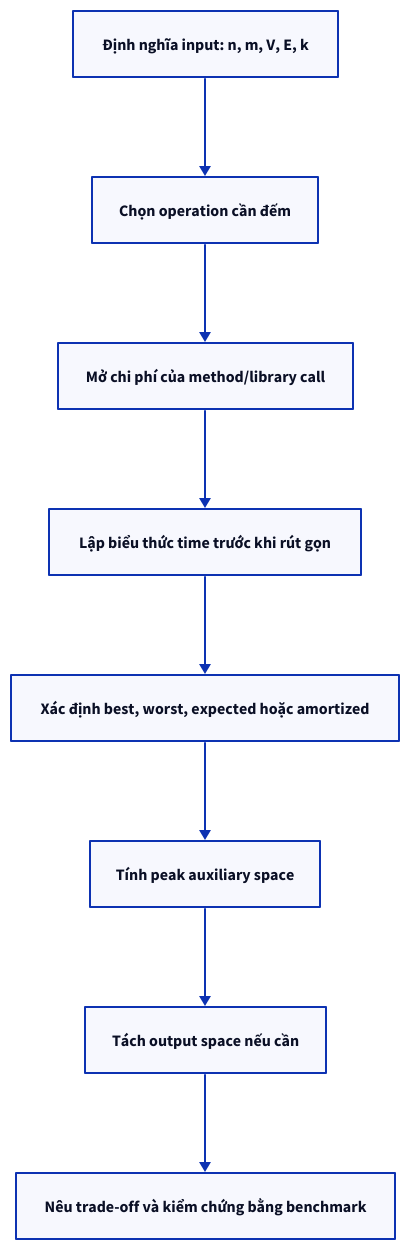
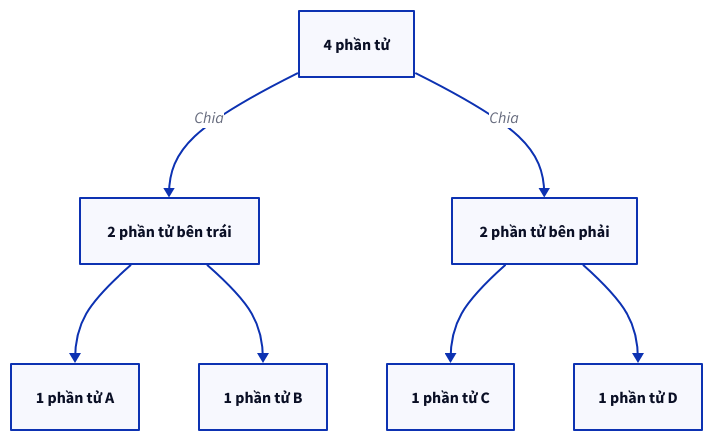
The diagram in content/docs/algorithms/01-do-phuc-tap-big-o.mdx (vanhiep99w/interview-question), drawn with D2 before and after one commit. The commit also changed other lines of this file and 1 other file, not shown here.

````diff
--- a/content/docs/algorithms/01-do-phuc-tap-big-o.mdx
+++ b/content/docs/algorithms/01-do-phuc-tap-big-o.mdx
@@ -203,18 +328,16 @@
-```d2 title="4. Quy trình phân tích time và space"
+```d2 interactive=false title="Merge sort: chia bài toán 4 phần tử thành các bài toán con"
 direction: down
-A: "Định nghĩa input: n, m, V, E, k"
-B: "Chọn operation cần đếm"
-C: "Mở chi phí của method/library call"
-D: "Lập biểu thức time trước khi rút gọn"
-E: "Xác định best, worst, expected hoặc amortized"
-F: "Tính peak auxiliary space"
-G: "Tách output space nếu cần"
-H: "Nêu trade-off và kiểm chứng bằng benchmark"
-A -> B
-B -> C
-C -> D
-D -> E
-E -> F
-F -> G
-G -> H
+root: "4 phần tử"
+left_half: "2 phần tử bên trái"
+right_half: "2 phần tử bên phải"
+a: "1 phần tử A"
+b: "1 phần tử B"
+c: "1 phần tử C"
+d: "1 phần tử D"
+root -> left_half: Chia
+root -> right_half: Chia
+left_half -> a
+left_half -> b
+right_half -> c
+right_half -> d
 ```
````
